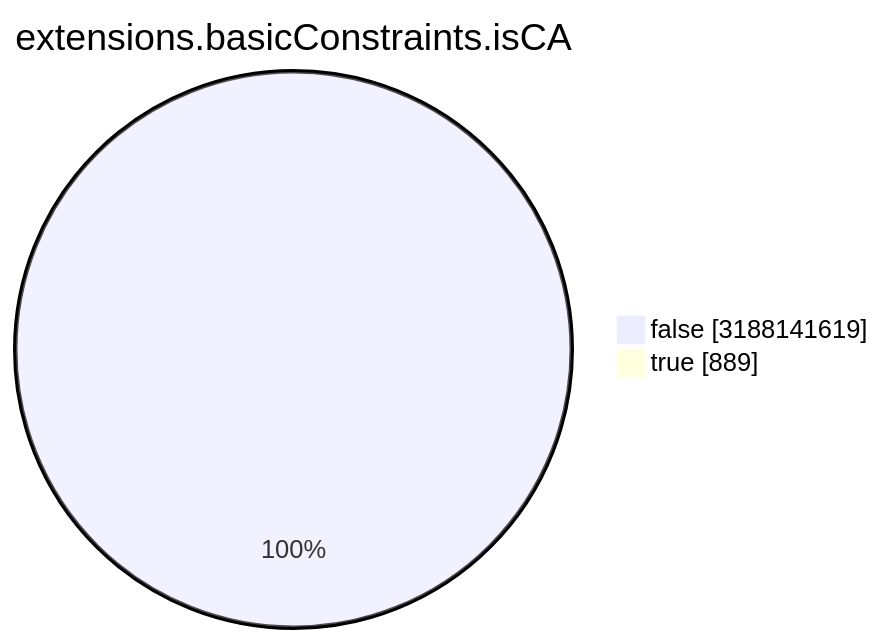
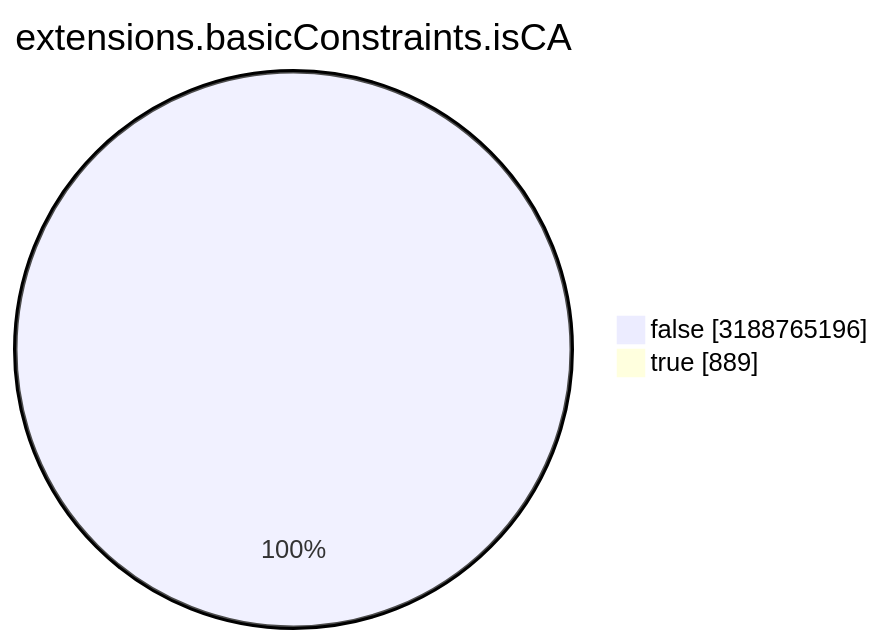
The seventh of 15 diagrams in TOTAL/README.md (christiankrug/ctmonitor_visualization), drawn with Mermaid before and after one commit. The commit also changed other lines of this file, not shown here.

````diff
--- a/TOTAL/README.md
+++ b/TOTAL/README.md
@@ -3088,6 +3088,6 @@
 ```mermaid
 pie showData
 title extensions.basicConstraints.isCA
-"false" :3188141619
+"false" :3188765196
 "true" :889
 ```
````
